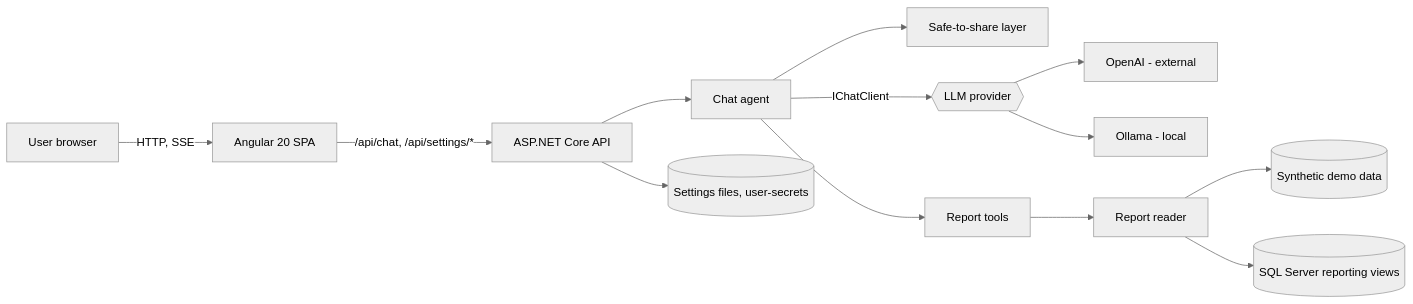
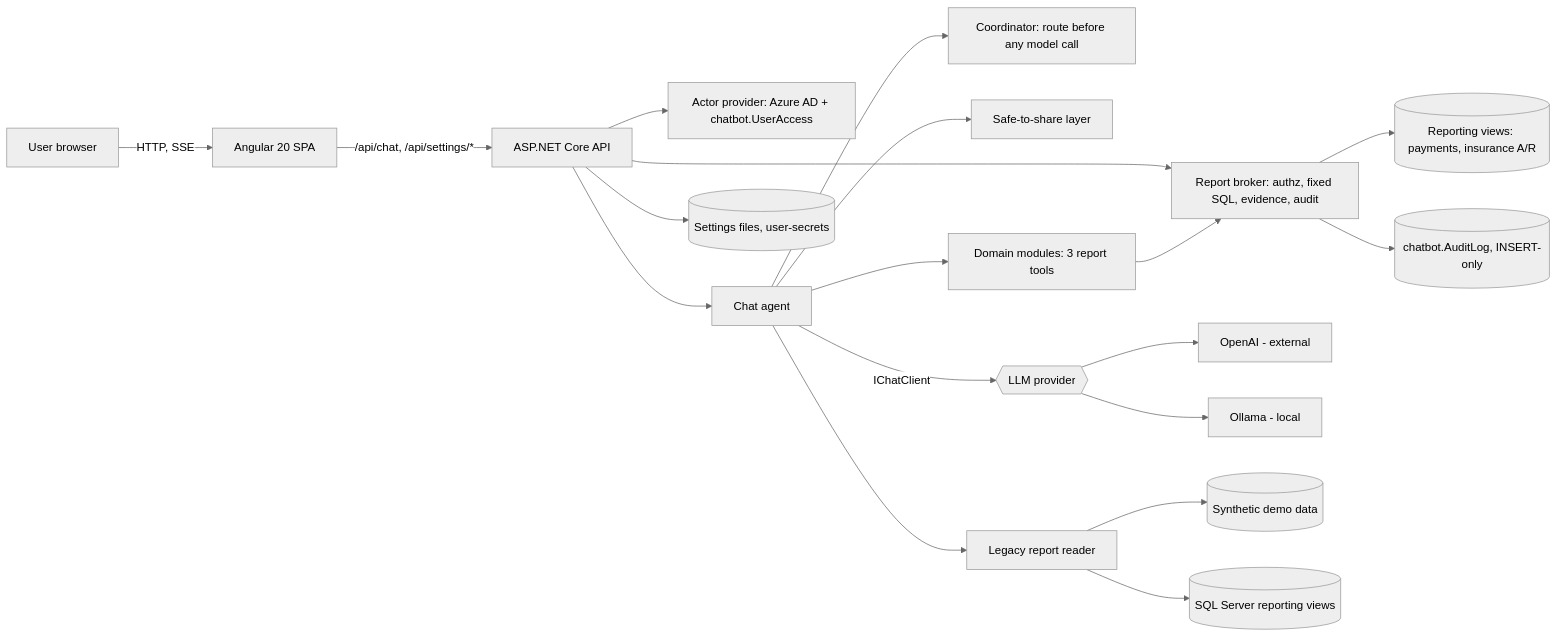
The first of 3 diagrams in docs/Architecture.md (ZiyadMehmoodDBA/chatbot_healthcare), drawn with Mermaid (neutral theme) before and after one commit. The commit also changed other lines of this file and 7 other files, not shown here.

````diff
--- a/docs/Architecture.md
+++ b/docs/Architecture.md
@@ -22,15 +25,21 @@
 ```mermaid
 flowchart LR
     U[User browser] -->|HTTP, SSE| UI[Angular 20 SPA]
     UI -->|/api/chat, /api/settings/*| API[ASP.NET Core API]
+    API --> AUTH[Actor provider: Azure AD + chatbot.UserAccess]
+    API --> RB[Report broker: authz, fixed SQL, evidence, audit]
+    AG --> COORD[Coordinator: route before any model call]
     API --> AG[Chat agent]
     AG --> SAFE[Safe-to-share layer]
     AG -->|IChatClient| LLM{{LLM provider}}
     LLM --> OAI[OpenAI - external]
     LLM --> OLL[Ollama - local]
-    AG --> TOOLS[Report tools]
-    TOOLS --> RD[Report reader]
+    AG --> TOOLS[Domain modules: 3 report tools]
+    TOOLS --> RB
+    RB --> RPT[(Reporting views: payments, insurance A/R)]
+    RB --> AUDIT[(chatbot.AuditLog, INSERT-only)]
+    AG --> RD[Legacy report reader]
     RD --> DEMO[(Synthetic demo data)]
     RD --> SQL[(SQL Server reporting views)]
     API --> CFG[(Settings files, user-secrets)]
 ```
````
